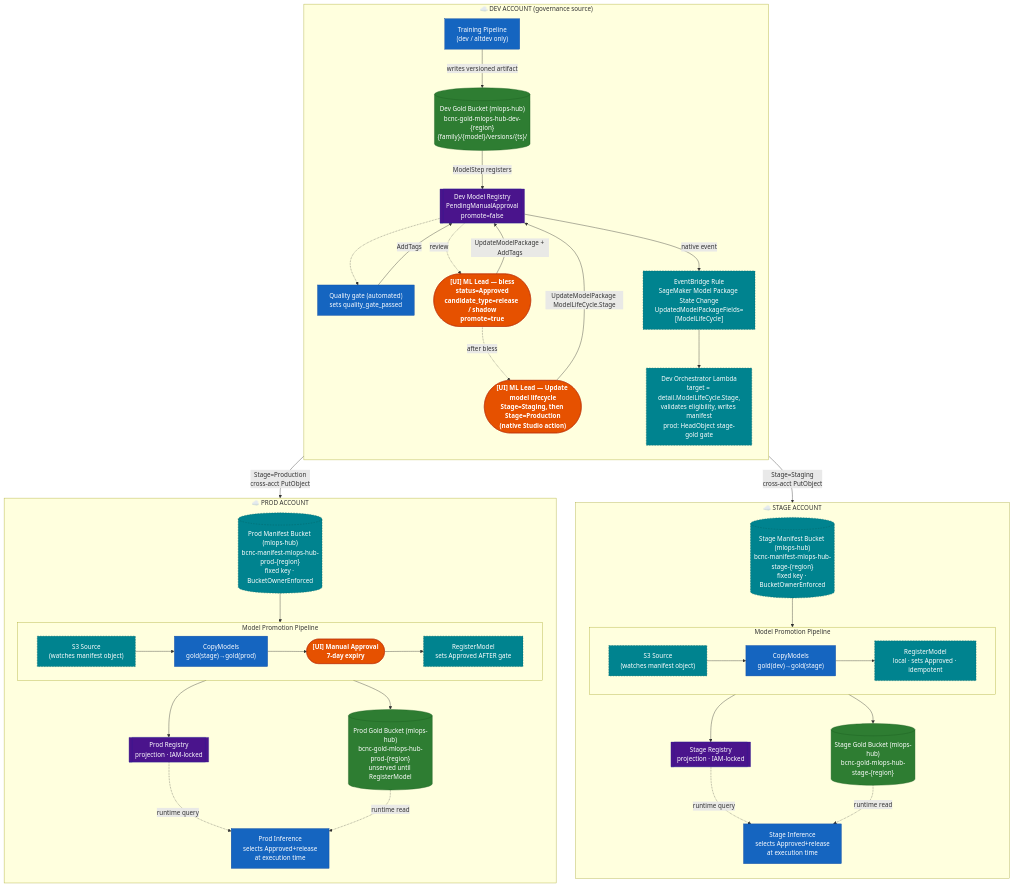
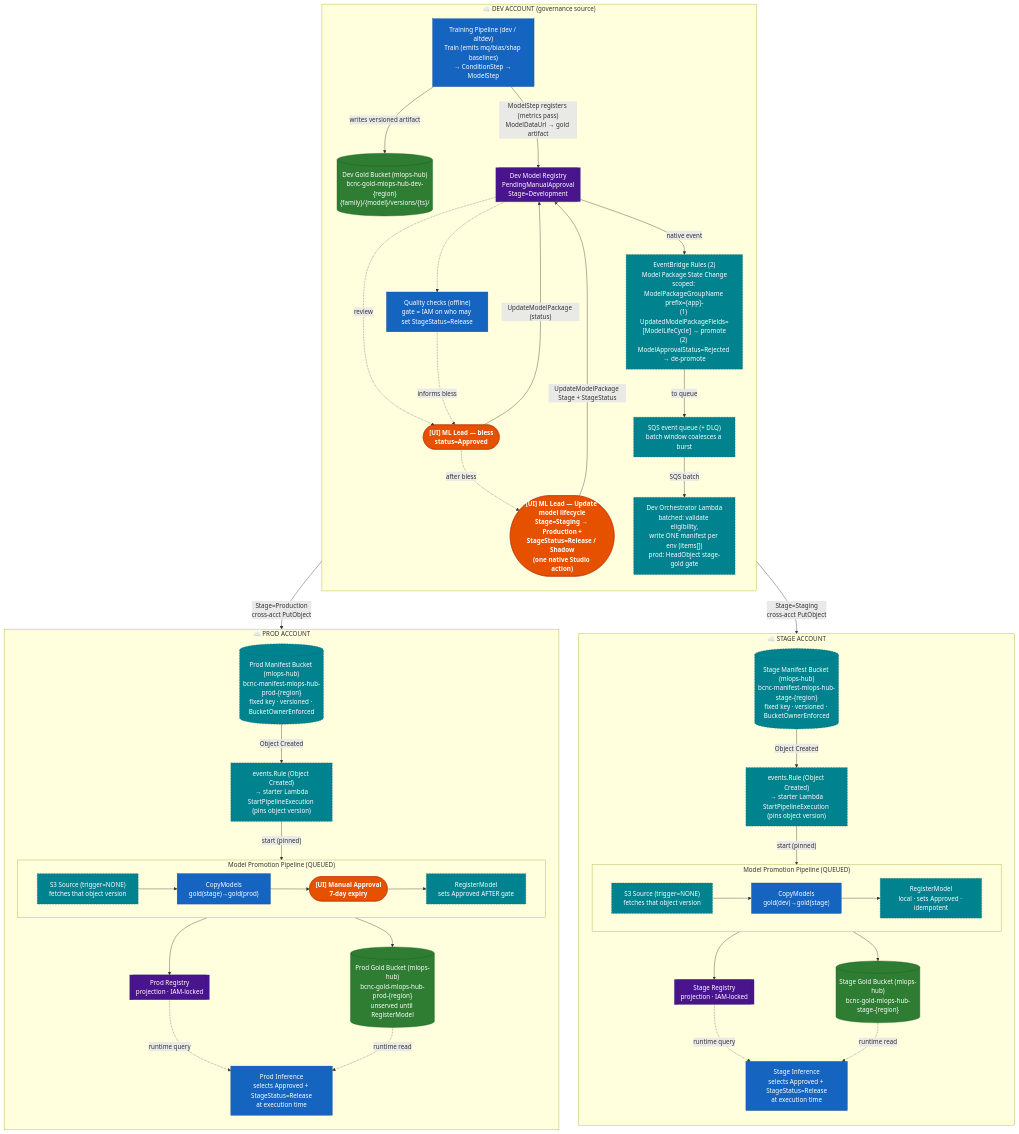
Before and after one commit to schilker/public: the first of 7 diagrams in test.md, drawn with Mermaid. The commit also changed other lines of this file, not shown here.

````diff
--- a/test.md
+++ b/test.md
@@ -122,44 +126,47 @@
 
     subgraph DEV["☁️  DEV ACCOUNT  (governance source)"]
         direction TB
-        TRAIN["Training Pipeline\n(dev / altdev only)"]
+        TRAIN["Training Pipeline (dev / altdev)\nTrain (emits mq/bias/shap baselines)\n→ ConditionStep → ModelStep"]
         DEVGOLD[("Dev Gold Bucket (mlops-hub)\nbcnc-gold-mlops-hub-dev-{region}\n{family}/{model}/versions/{ts}/")]
-        DEVREG[["Dev Model Registry\nPendingManualApproval\npromote=false"]]
+        DEVREG[["Dev Model Registry\nPendingManualApproval\nStage=Development"]]
         TRAIN -- "writes versioned artifact" --> DEVGOLD
-        DEVGOLD -- "ModelStep registers" --> DEVREG
+        TRAIN -- "ModelStep registers (metrics pass)\nModelDataUrl → gold artifact" --> DEVREG
 
-        QG["Quality gate (automated)\nsets quality_gate_passed"]
+        QG["Quality checks (offline)\ngate = IAM on who may set StageStatus=Release"]
         DEVREG -. " " .-> QG
-        QG -- "AddTags" --> DEVREG
 
-        APPROVE(["[UI] ML Lead — bless\nstatus=Approved\ncandidate_type=release / shadow\npromote=true"])
+        APPROVE(["[UI] ML Lead — bless\nstatus=Approved"])
         DEVREG -. "review" .-> APPROVE
-        APPROVE -- "UpdateModelPackage + AddTags" --> DEVREG
+        QG -. "informs bless" .-> APPROVE
+        APPROVE -- "UpdateModelPackage (status)" --> DEVREG
 
-        PROMOTE(["[UI] ML Lead — Update model lifecycle\nStage=Staging, then Stage=Production\n(native Studio action)"])
-        EB["EventBridge Rule\nSageMaker Model Package State Change\nUpdatedModelPackageFields=[ModelLifeCycle]"]
-        ORCH["Dev Orchestrator Lambda\ntarget = detail.ModelLifeCycle.Stage,\nvalidates eligibility, writes manifest\nprod: HeadObject stage-gold gate"]
+        PROMOTE(["[UI] ML Lead — Update model lifecycle\nStage=Staging → Production +\nStageStatus=Release / Shadow\n(one native Studio action)"])
+        EB["EventBridge Rules (2)\nModel Package State Change\nscoped: ModelPackageGroupName prefix={app}-\n(1) UpdatedModelPackageFields=[ModelLifeCycle] → promote\n(2) ModelApprovalStatus=Rejected → de-promote"]
+        EVQ["SQS event queue (+ DLQ)\nbatch window coalesces a burst"]
+        ORCH["Dev Orchestrator Lambda\nbatched: validate eligibility,\nwrite ONE manifest per env (items[])\nprod: HeadObject stage-gold gate"]
 
         APPROVE -. "after bless" .-> PROMOTE
-        PROMOTE -- "UpdateModelPackage ModelLifeCycle.Stage" --> DEVREG
+        PROMOTE -- "UpdateModelPackage Stage + StageStatus" --> DEVREG
         DEVREG -- "native event" --> EB
-        EB --> ORCH
+        EB -- "to queue" --> EVQ
+        EVQ -- "SQS batch" --> ORCH
     end
 
     subgraph STAGE["☁️  STAGE ACCOUNT"]
         direction TB
-        STAGEMAN[("Stage Manifest Bucket (mlops-hub)\nbcnc-manifest-mlops-hub-stage-{region}\nfixed key · BucketOwnerEnforced")]
-        subgraph SP["Model Promotion Pipeline"]
+        STAGEMAN[("Stage Manifest Bucket (mlops-hub)\nbcnc-manifest-mlops-hub-stage-{region}\nfixed key · versioned · BucketOwnerEnforced")]
+        STAGESTART["events.Rule (Object Created)\n→ starter Lambda\nStartPipelineExecution (pins object version)"]
+        subgraph SP["Model Promotion Pipeline (QUEUED)"]
             direction LR
-            SS1["S3 Source\n(watches manifest object)"]
+            SS1["S3 Source (trigger=NONE)\nfetches that object version"]
             SS2["CopyModels\ngold(dev)→gold(stage)"]
             SS3["RegisterModel\nlocal · sets Approved · idempotent"]
             SS1 --> SS2 --> SS3
         end
         STAGEGOLD[("Stage Gold Bucket (mlops-hub)\nbcnc-gold-mlops-hub-stage-{region}")]
         STAGEREG[["Stage Registry\nprojection · IAM-locked"]]
-        STAGEINF["Stage Inference\nselects Approved+release\nat execution time"]
-        STAGEMAN --> SS1
+        STAGEINF["Stage Inference\nselects Approved + StageStatus=Release\nat execution time"]
+        STAGEMAN -- "Object Created" --> STAGESTART -- "start (pinned)" --> SS1
         SS2 --> STAGEGOLD
         SS3 --> STAGEREG
         STAGEREG -. "runtime query" .-> STAGEINF
@@ -168,10 +175,11 @@
 
     subgraph PROD["☁️  PROD ACCOUNT"]
         direction TB
-        PRODMAN[("Prod Manifest Bucket (mlops-hub)\nbcnc-manifest-mlops-hub-prod-{region}\nfixed key · BucketOwnerEnforced")]
-        subgraph PP["Model Promotion Pipeline"]
+        PRODMAN[("Prod Manifest Bucket (mlops-hub)\nbcnc-manifest-mlops-hub-prod-{region}\nfixed key · versioned · BucketOwnerEnforced")]
+        PRODSTART["events.Rule (Object Created)\n→ starter Lambda\nStartPipelineExecution (pins object version)"]
+        subgraph PP["Model Promotion Pipeline (QUEUED)"]
             direction LR
-            PP1["S3 Source\n(watches manifest object)"]
+            PP1["S3 Source (trigger=NONE)\nfetches that object version"]
             PP2["CopyModels\ngold(stage)→gold(prod)"]
             PP4(["[UI] Manual Approval\n7-day expiry"])
             PP3["RegisterModel\nsets Approved AFTER gate"]
@@ -179,8 +187,8 @@
         end
         PRODGOLD[("Prod Gold Bucket (mlops-hub)\nbcnc-gold-mlops-hub-prod-{region}\nunserved until RegisterModel")]
         PRODREG[["Prod Registry\nprojection · IAM-locked"]]
-        PRODINF["Prod Inference\nselects Approved+release\nat execution time"]
-        PRODMAN --> PP1
+        PRODINF["Prod Inference\nselects Approved + StageStatus=Release\nat execution time"]
+        PRODMAN -- "Object Created" --> PRODSTART -- "start (pinned)" --> PP1
         PP2 --> PRODGOLD
         PP3 --> PRODREG
         PRODREG -. "runtime query" .-> PRODINF
@@ -192,7 +200,7 @@
 
     class APPROVE,PROMOTE,PP4 human
     class TRAIN,QG,SS2,PP2,STAGEINF,PRODINF auto
-    class EB,ORCH,SS1,SS3,PP1,PP3,STAGEMAN,PRODMAN new
+    class EB,EVQ,ORCH,STAGESTART,PRODSTART,SS1,SS3,PP1,PP3,STAGEMAN,PRODMAN new
     class DEVGOLD,STAGEGOLD,PRODGOLD store
     class DEVREG,STAGEREG,PRODREG reg
 ```
````
